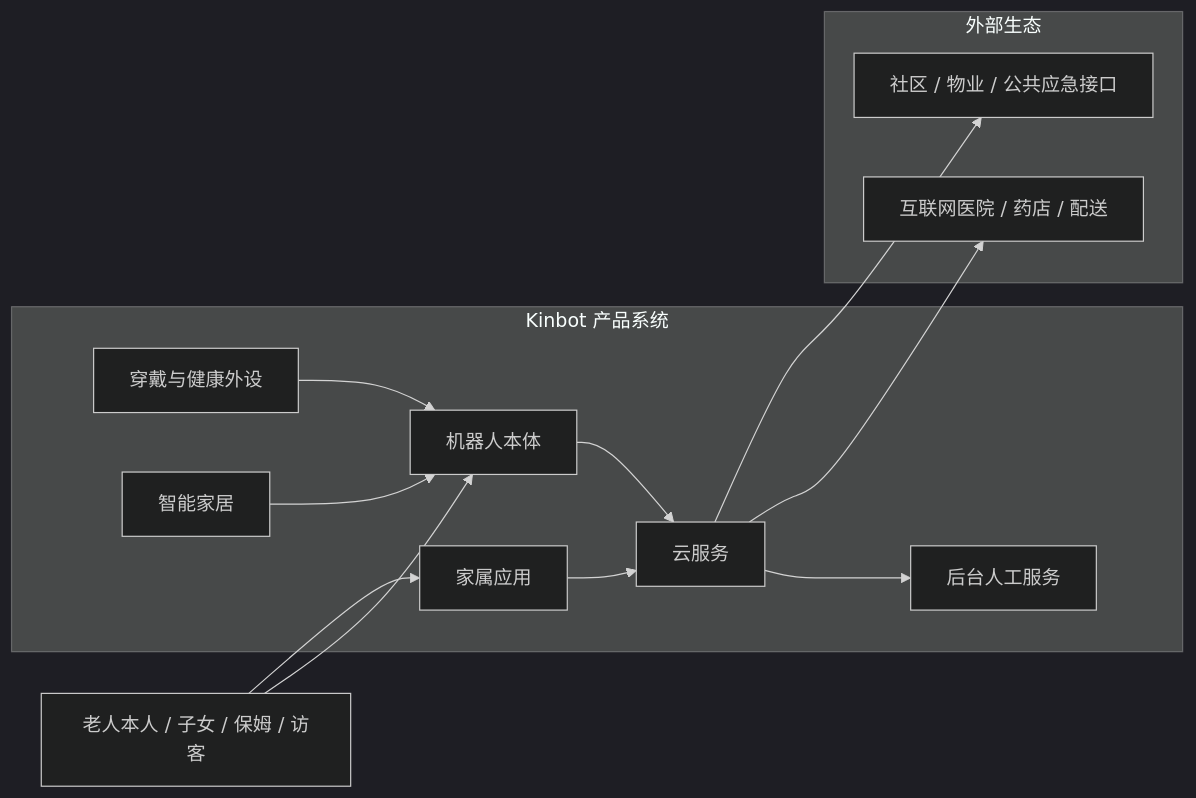
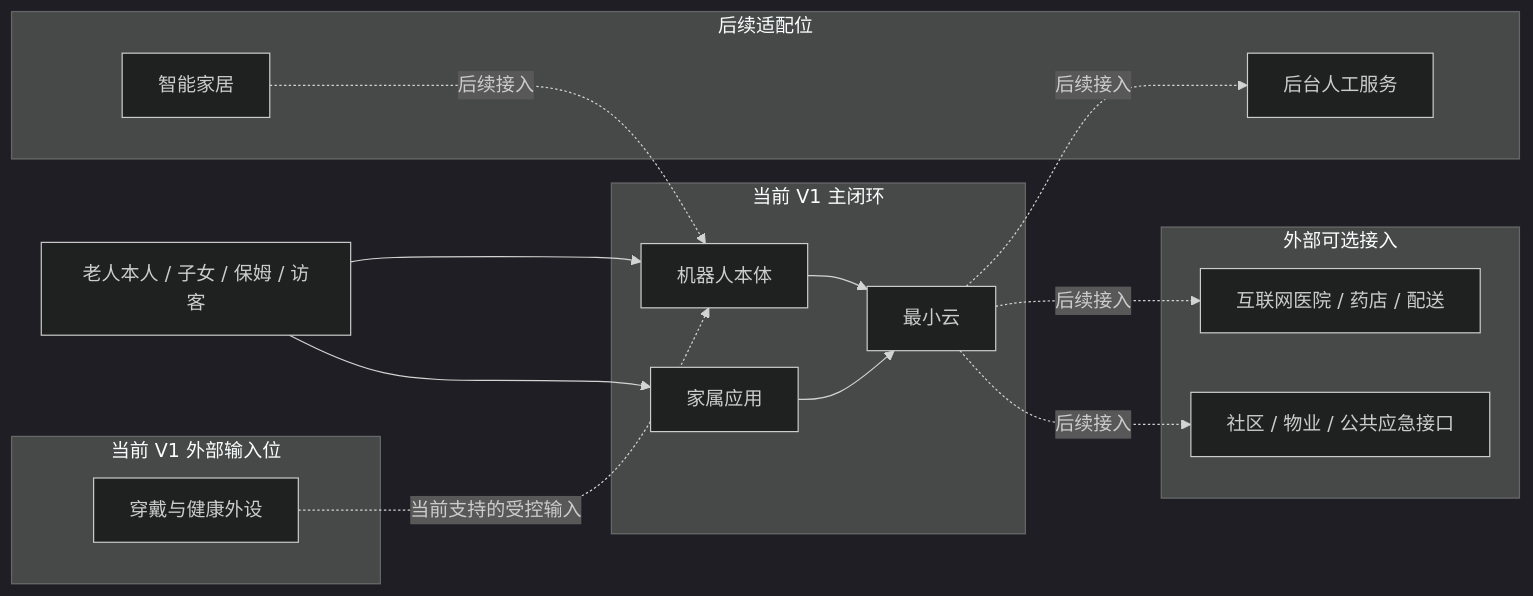
Before and after one commit to hlm12348765/Kinbot_OODA: the first of 4 diagrams in docs/02_p1_architecture/01_overall_architecture.md, drawn with Mermaid (dark theme). The commit also changed other lines of this file and 15 other files, not shown here.

First line of the commit message:
docs(architecture): complete v1 complexity reduction sync

````diff
--- a/docs/02_p1_architecture/01_overall_architecture.md
+++ b/docs/02_p1_architecture/01_overall_architecture.md
@@ -65,28 +67,34 @@
 ```mermaid
 flowchart LR
     U[老人本人 / 子女 / 保姆 / 访客]
 
-    subgraph PS[Kinbot 产品系统]
+    subgraph PS[当前 V1 主闭环]
         R[机器人本体]
-        W[穿戴与健康外设]
         A[家属应用]
-        C[云服务]
-        O[后台人工服务]
-        H[智能家居]
+        C[最小云]
     end
 
-    subgraph EX[外部生态]
+    subgraph INP[当前 V1 外部输入位]
+        W[穿戴与健康外设]
+    end
+
+    subgraph ADAPT[后续适配位]
+        H[智能家居]
+        O[后台人工服务]
+    end
+
+    subgraph EX[外部可选接入]
         M[互联网医院 / 药店 / 配送]
         P[社区 / 物业 / 公共应急接口]
     end
 
     U --> R
     U --> A
-    W --> R
-    H --> R
     R --> C
     A --> C
-    C --> O
-    C --> M
-    C --> P
+    W -.当前支持的受控输入.-> R
+    H -.后续接入.-> R
+    C -.后续接入.-> O
+    C -.后续接入.-> M
+    C -.后续接入.-> P
 ```
````
